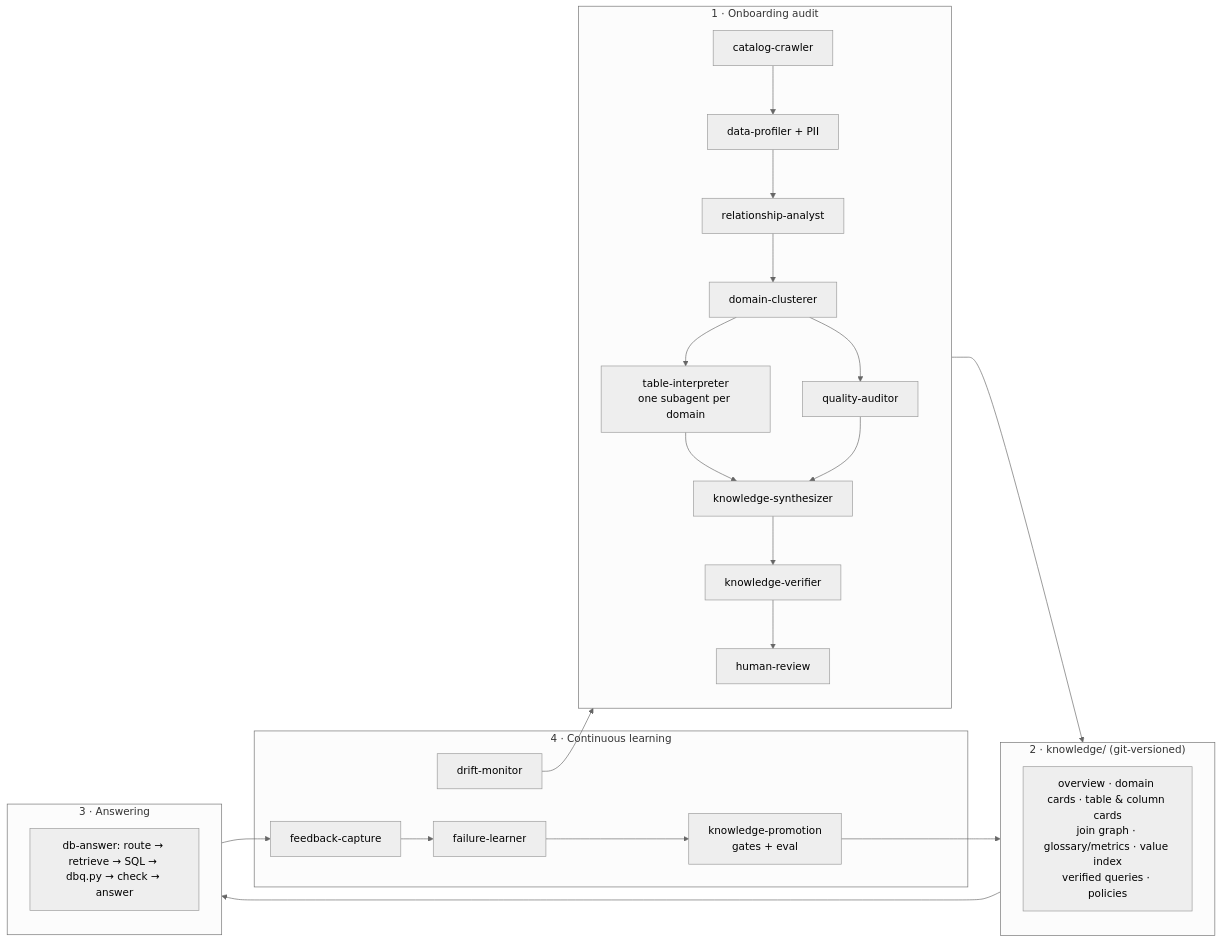
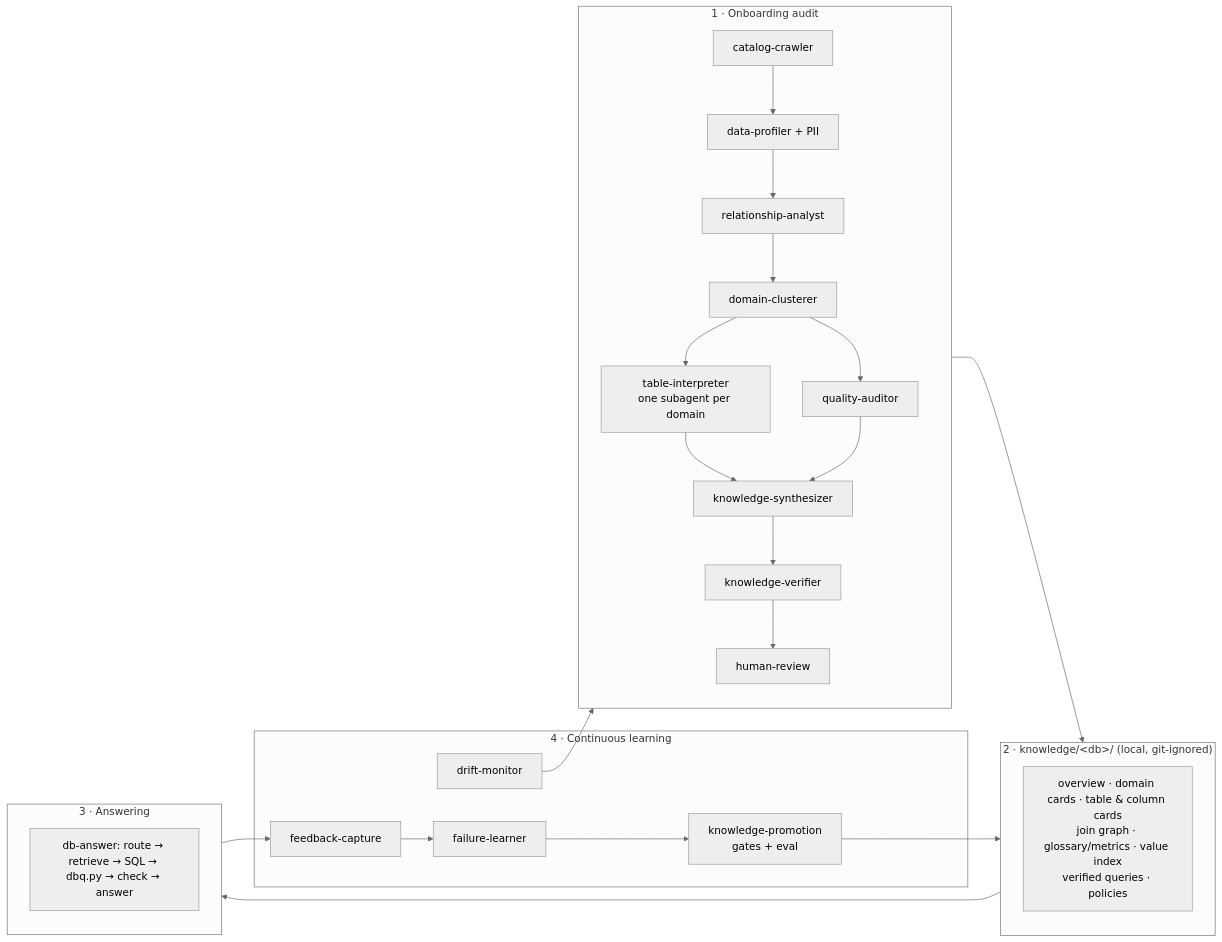
One commit to adamgdoura6/DB-chatbot changed the diagram in README.md. Above: the diagram before and after it, drawn with Mermaid (neutral theme). The commit also changed other lines of this file and 32 other files, not shown here.

````diff
--- a/README.md
+++ b/README.md
@@ -33,27 +33,27 @@
 ```mermaid
 flowchart LR
   subgraph Audit["1 · Onboarding audit"]
     A1[catalog-crawler] --> A2[data-profiler + PII]
     A2 --> A3[relationship-analyst]
     A3 --> A4[domain-clusterer]
     A4 --> A5[table-interpreter<br/>one subagent per domain]
     A4 --> A6[quality-auditor]
     A5 --> A7[knowledge-synthesizer]
     A6 --> A7
     A7 --> A8[knowledge-verifier]
     A8 --> A9[human-review]
   end
-  subgraph Store["2 · knowledge/ (git-versioned)"]
+  subgraph Store["2 · knowledge/&lt;db&gt;/ (local, git-ignored)"]
     S[overview · domain cards · table & column cards<br/>join graph · glossary/metrics · value index<br/>verified queries · policies]
   end
   subgraph Ask["3 · Answering"]
     Q1[db-answer: route → retrieve → SQL → dbq.py → check → answer]
   end
   subgraph Learn["4 · Continuous learning"]
     L1[feedback-capture] --> L2[failure-learner] --> L3[knowledge-promotion<br/>gates + eval]
     L4[drift-monitor]
   end
   Audit --> Store --> Ask --> L1
   L3 --> Store
   L4 --> Audit
 ```
````
